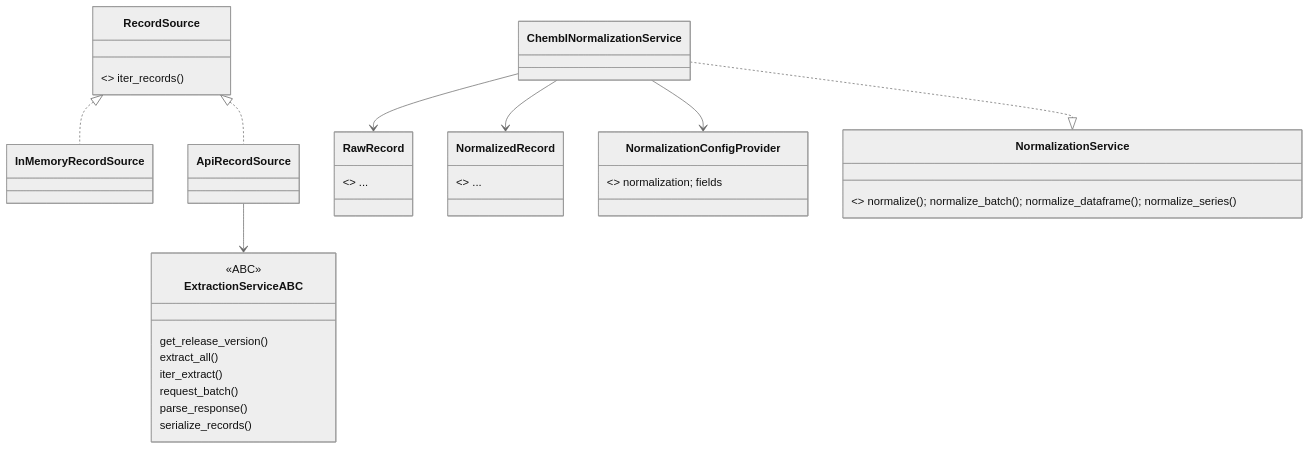
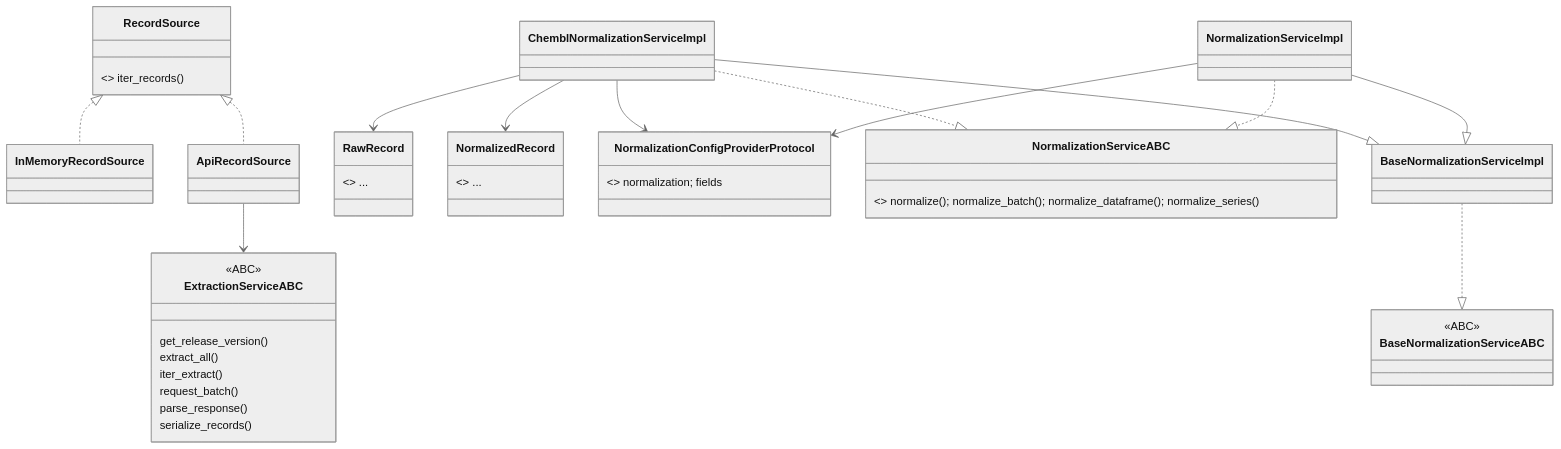
Before and after one commit to SatoryKono/BioactivityDataAcquisition: the third of 6 diagrams in docs/domain-class-diagrams.md, drawn with Mermaid (neutral theme). The commit also changed other lines of this file and 49 other files, not shown here.

````diff
--- a/docs/domain-class-diagrams.md
+++ b/docs/domain-class-diagrams.md
@@ -102,28 +102,36 @@
 ```mermaid
 classDiagram
     class ExtractionServiceABC {
         <<ABC>>
         get_release_version()
         extract_all()
         iter_extract()
         request_batch()
         parse_response()
         serialize_records()
     }
     class RecordSource { <<protocol>> iter_records() }
     class InMemoryRecordSource
     class ApiRecordSource
     class RawRecord { <<TypedDict>> ... }
     class NormalizedRecord { <<TypedDict>> ... }
-    class NormalizationConfigProvider { <<protocol>> normalization; fields }
-    class NormalizationService { <<protocol>> normalize(); normalize_batch(); normalize_dataframe(); normalize_series() }
-    class ChemblNormalizationService
+    class NormalizationConfigProviderProtocol { <<protocol>> normalization; fields }
+    class NormalizationServiceABC { <<ABC>> normalize(); normalize_batch(); normalize_dataframe(); normalize_series() }
+    class BaseNormalizationServiceABC { <<ABC>> }
+    class BaseNormalizationServiceImpl
+    class NormalizationServiceImpl
+    class ChemblNormalizationServiceImpl
 
     RecordSource <|.. InMemoryRecordSource
     RecordSource <|.. ApiRecordSource
     ApiRecordSource --> ExtractionServiceABC
-    ChemblNormalizationService ..|> NormalizationService
-    ChemblNormalizationService --> NormalizationConfigProvider
-    ChemblNormalizationService --> RawRecord
-    ChemblNormalizationService --> NormalizedRecord
+    BaseNormalizationServiceImpl ..|> BaseNormalizationServiceABC
+    NormalizationServiceImpl --|> BaseNormalizationServiceImpl
+    ChemblNormalizationServiceImpl --|> BaseNormalizationServiceImpl
+    NormalizationServiceImpl ..|> NormalizationServiceABC
+    ChemblNormalizationServiceImpl ..|> NormalizationServiceABC
+    NormalizationServiceImpl --> NormalizationConfigProviderProtocol
+    ChemblNormalizationServiceImpl --> NormalizationConfigProviderProtocol
+    ChemblNormalizationServiceImpl --> RawRecord
+    ChemblNormalizationServiceImpl --> NormalizedRecord
 ```
````
